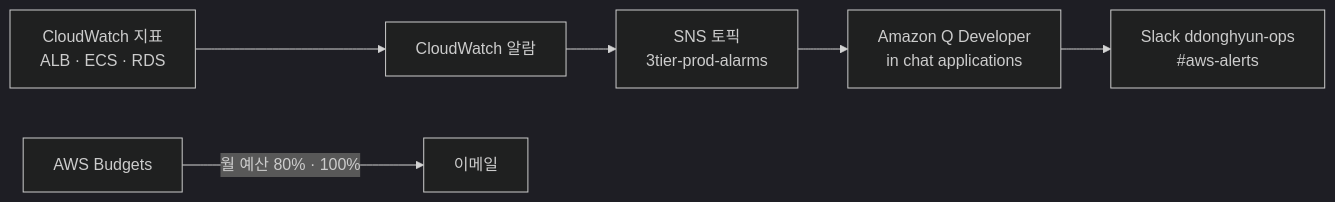
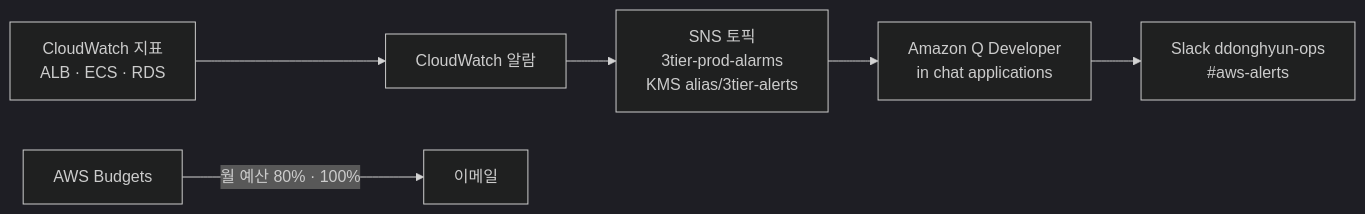
One commit to DDongHyun00/3-tier-terraform-ecs changed the fourth of 4 diagrams in docs/architecture.md. Above: the diagram before and after it, drawn with Mermaid (dark theme). The commit also changed other lines of this file and 7 other files, not shown here.

First line of the commit message:
알람 5개와 SNS·KMS·Q Developer 경로로 Slack 알림 추가 (#77)

````diff
--- a/docs/architecture.md
+++ b/docs/architecture.md
@@ -95,8 +95,8 @@
 ```mermaid
 flowchart LR
     M[CloudWatch 지표<br/>ALB · ECS · RDS] --> AL[CloudWatch 알람]
-    AL --> SNS[SNS 토픽<br/>3tier-prod-alarms]
+    AL --> SNS[SNS 토픽<br/>3tier-prod-alarms<br/>KMS alias/3tier-alerts]
     SNS --> Q[Amazon Q Developer<br/>in chat applications]
     Q --> SL[Slack ddonghyun-ops<br/>#aws-alerts]
     B[AWS Budgets] -->|월 예산 80% · 100%| MAIL[이메일]
 ```
````
